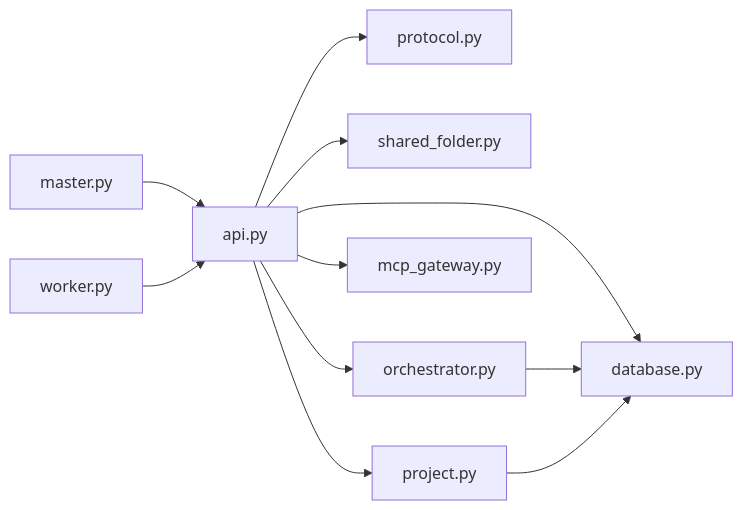
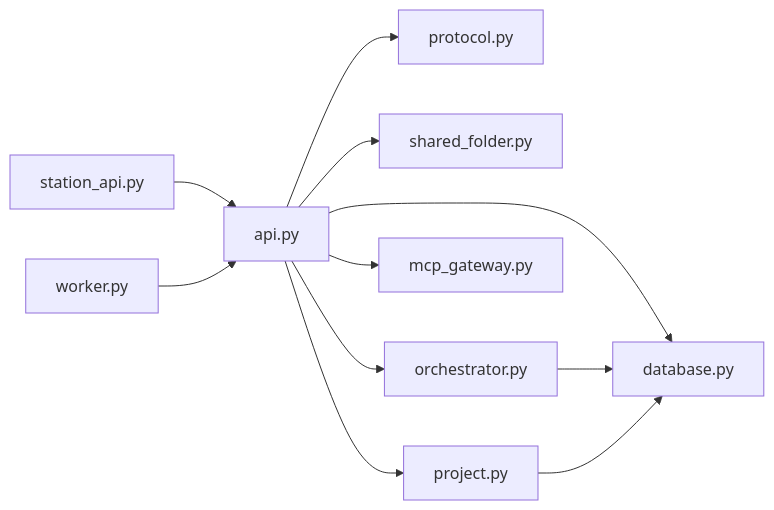
The seventh of 7 diagrams in .qoder/repowiki/zh/content/API 参考手册/RESTful API 规范.md (targalian/Personal-distributed-workstation), drawn with Mermaid before and after one commit. The commit also changed other lines of this file and 63 other files, not shown here.

Commit message:
docs(station): 同步 repo wiki 至 station_controller/station_api 架构

````diff
--- a/.qoder/repowiki/zh/content/API 参考手册/RESTful API 规范.md
+++ b/.qoder/repowiki/zh/content/API 参考手册/RESTful API 规范.md
@@ -489,13 +489,13 @@
 ```mermaid
 graph LR
 API["api.py"] --> Proto["protocol.py"]
 API --> DB["database.py"]
 API --> SF["shared_folder.py"]
 API --> Orchestrator["orchestrator.py"]
 API --> MCP["mcp_gateway.py"]
 API --> Proj["project.py"]
-Master["master.py"] --> API
+Master["station_api.py"] --> API
 Worker["worker.py"] --> API
 Orchestrator --> DB
 Proj --> DB
 ```
````
